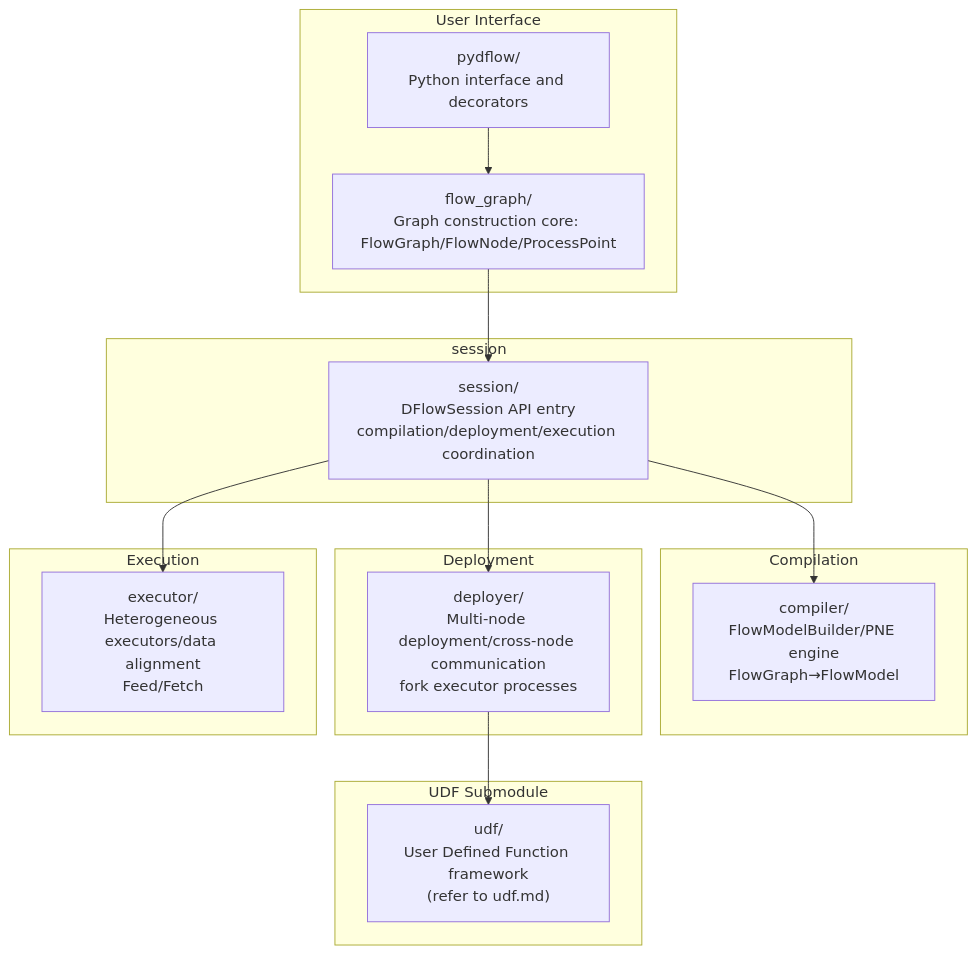
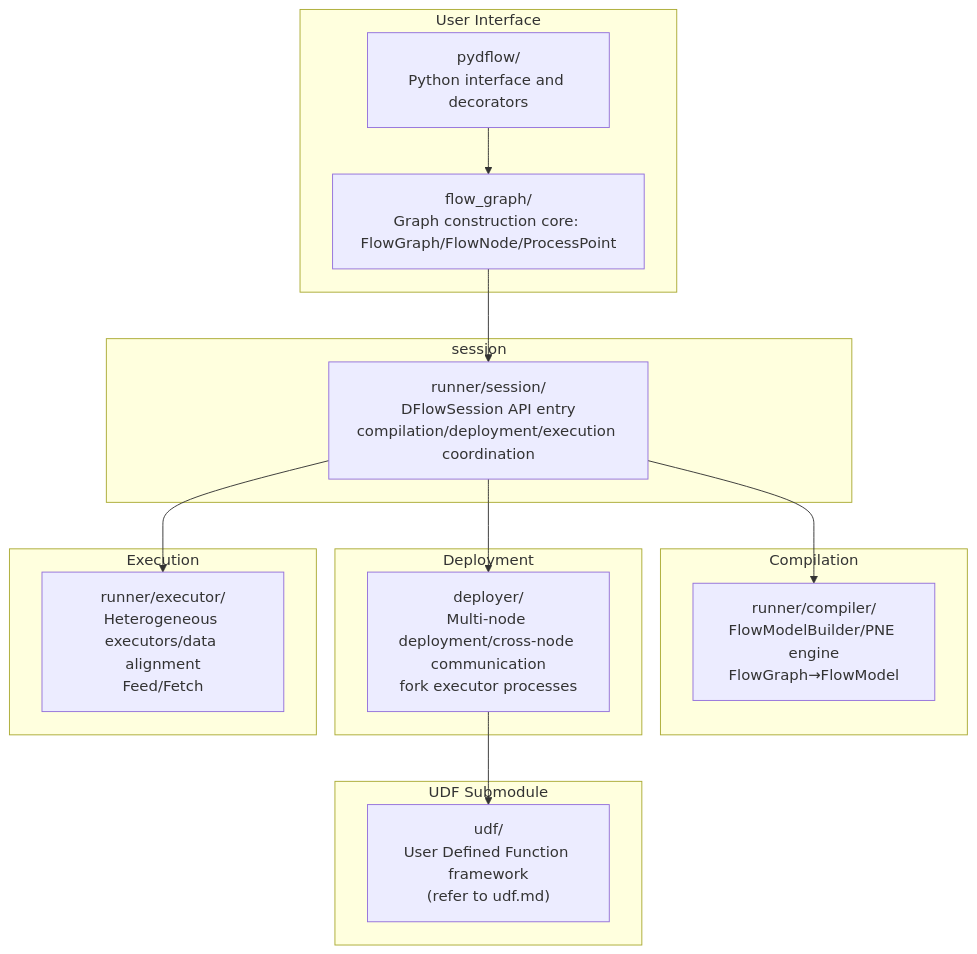
Before and after one commit to hicann/ge: the first of 8 diagrams in docs/en/design/modules/dflow/dflow.md, drawn with Mermaid. The commit also changed other lines of this file and 1 other file, not shown here.

````diff
--- a/docs/en/design/modules/dflow/dflow.md
+++ b/docs/en/design/modules/dflow/dflow.md
@@ -49,29 +49,29 @@
 ```mermaid
 flowchart TD
     subgraph User Interface
         PYD["pydflow/<br/>Python interface and decorators"]
         FG["flow_graph/<br/>Graph construction core: FlowGraph/FlowNode/ProcessPoint"]
     end
     subgraph session
-        SES["session/<br/>DFlowSession API entry<br/>compilation/deployment/execution coordination"]
+        SES["runner/session/<br/>DFlowSession API entry<br/>compilation/deployment/execution coordination"]
     end
     subgraph Compilation
-        CMP["compiler/<br/>FlowModelBuilder/PNE engine<br/>FlowGraph→FlowModel"]
+        CMP["runner/compiler/<br/>FlowModelBuilder/PNE engine<br/>FlowGraph→FlowModel"]
     end
     subgraph Deployment
         DEP["deployer/<br/>Multi-node deployment/cross-node communication<br/>fork executor processes"]
     end
     subgraph Execution
-        EXEC["executor/<br/>Heterogeneous executors/data alignment<br/>Feed/Fetch"]
+        EXEC["runner/executor/<br/>Heterogeneous executors/data alignment<br/>Feed/Fetch"]
     end
     subgraph UDF Submodule
         UDF["udf/<br/>User Defined Function framework<br/>(refer to udf.md)"]
     end
 
     PYD --> FG
     FG --> SES
     SES --> CMP
     SES --> DEP
     SES --> EXEC
     DEP --> UDF
 ```
````
